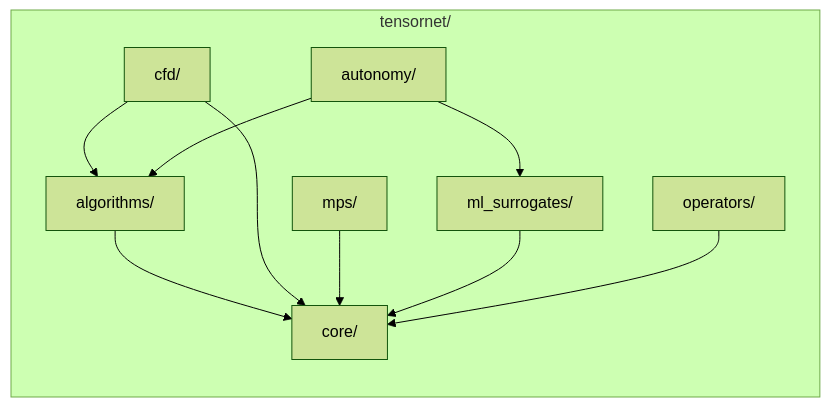
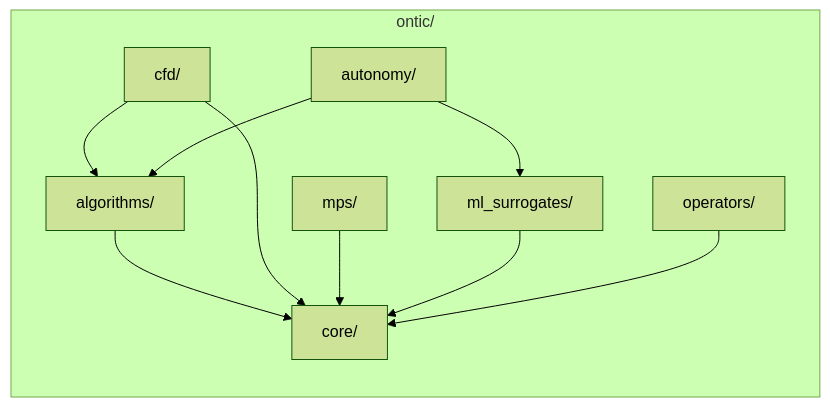
Before and after one commit to tigantic/physics-os: the second of 8 diagrams in docs/architecture/ARCHITECTURE_GUIDE.md, drawn with Mermaid (forest theme). The commit also changed other lines of this file and 2727 other files, not shown here.

First line of the commit message:
Phase 1: Python package rename — tensornet→ontic, hypertensor→physics_os

````diff
--- a/docs/architecture/ARCHITECTURE_GUIDE.md
+++ b/docs/architecture/ARCHITECTURE_GUIDE.md
@@ -86,21 +86,21 @@
 ```mermaid
 graph LR
-    subgraph "tensornet/"
+    subgraph "ontic/"
         core[core/]
         algorithms[algorithms/]
         cfd[cfd/]
         mps[mps/]
         ml[ml_surrogates/]
         autonomy[autonomy/]
         operators[operators/]
     end
     
     algorithms --> core
     cfd --> algorithms
     cfd --> core
     mps --> core
     ml --> core
     autonomy --> algorithms
     autonomy --> ml
     operators --> core
 ```
````
